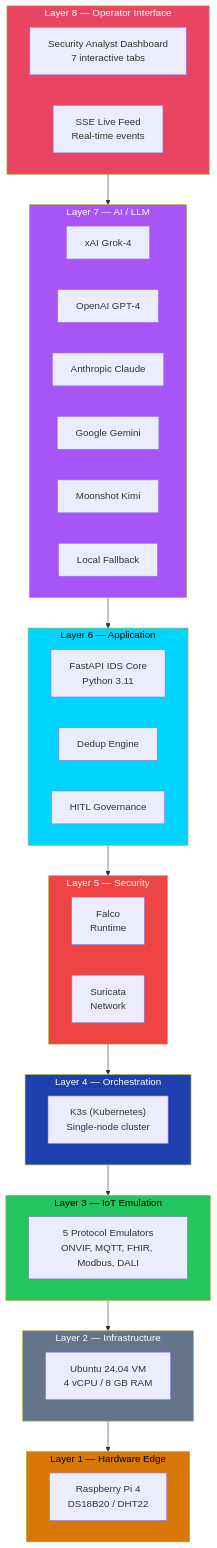
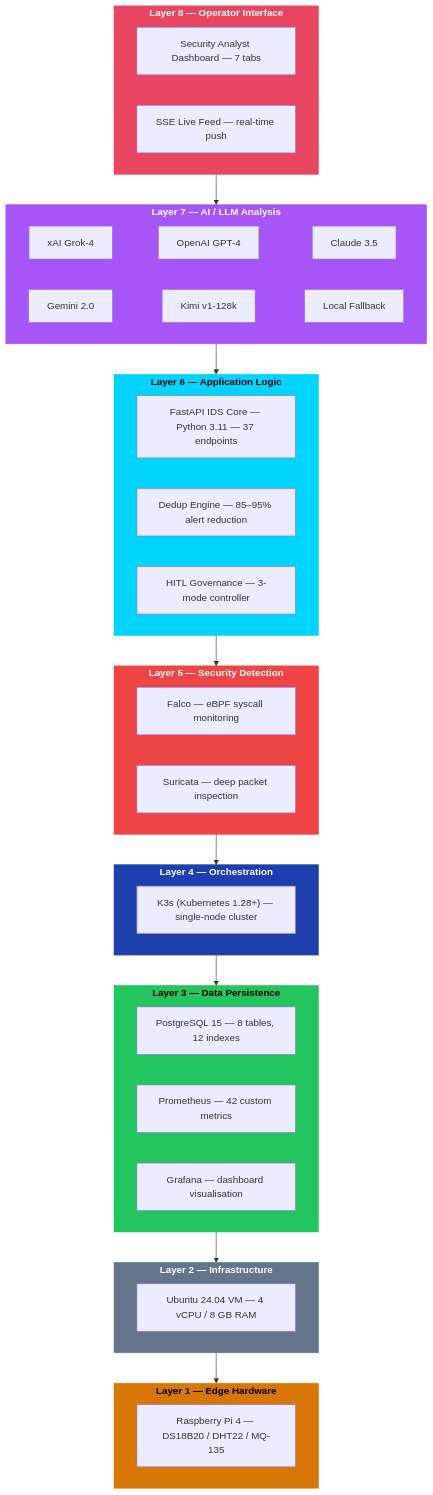
The fourth of 20 diagrams in docs/CAPSTONE_FIGURES.md (Alqaly/smart-city-ids), drawn with Mermaid before and after one commit. The commit also changed other lines of this file, not shown here.

First line of the commit message:
Improve figures file: exact placement labels + enhanced diagrams

````diff
--- a/docs/CAPSTONE_FIGURES.md
+++ b/docs/CAPSTONE_FIGURES.md
@@ -132,54 +212,52 @@
 ```mermaid
 graph TB
-    subgraph L8["Layer 8 — Operator Interface"]
-        D1["Security Analyst Dashboard\n7 interactive tabs"]
-        D2["SSE Live Feed\nReal-time events"]
+    subgraph L8["<b>Layer 8 — Operator Interface</b>"]
+        D1["Security Analyst Dashboard — 7 tabs"]
+        D2["SSE Live Feed — real-time push"]
     end
 
-    subgraph L7["Layer 7 — AI / LLM"]
-        A1["xAI Grok-4"]
-        A2["OpenAI GPT-4"]
-        A3["Anthropic Claude"]
-        A4["Google Gemini"]
-        A5["Moonshot Kimi"]
-        A6["Local Fallback"]
+    subgraph L7["<b>Layer 7 — AI / LLM Analysis</b>"]
+        A1["xAI Grok-4"] ~~~ A2["OpenAI GPT-4"] ~~~ A3["Claude 3.5"]
+        A4["Gemini 2.0"] ~~~ A5["Kimi v1-128k"] ~~~ A6["Local Fallback"]
     end
 
-    subgraph L6["Layer 6 — Application"]
-        B1["FastAPI IDS Core\nPython 3.11"]
-        B2["Dedup Engine"]
-        B3["HITL Governance"]
+    subgraph L6["<b>Layer 6 — Application Logic</b>"]
+        B1["FastAPI IDS Core — Python 3.11 — 37 endpoints"]
+        B2["Dedup Engine — 85–95% alert reduction"]
+        B3["HITL Governance — 3-mode controller"]
     end
 
-    subgraph L5["Layer 5 — Security"]
-        C1["Falco\nRuntime"]
-        C2["Suricata\nNetwork"]
+    subgraph L5["<b>Layer 5 — Security Detection</b>"]
+        C1["Falco — eBPF syscall monitoring"]
+        C2["Suricata — deep packet inspection"]
     end
 
-    subgraph L4["Layer 4 — Orchestration"]
-        E1["K3s (Kubernetes)\nSingle-node cluster"]
+    subgraph L4["<b>Layer 4 — Orchestration</b>"]
+        E1["K3s (Kubernetes 1.28+) — single-node cluster"]
     end
 
-    subgraph L3["Layer 3 — IoT Emulation"]
-        F1["5 Protocol Emulators\nONVIF, MQTT, FHIR, Modbus, DALI"]
+    subgraph L3["<b>Layer 3 — Data Persistence</b>"]
+        F1["PostgreSQL 15 — 8 tables, 12 indexes"]
+        F2["Prometheus — 42 custom metrics"]
+        F3["Grafana — dashboard visualisation"]
     end
 
-    subgraph L2["Layer 2 — Infrastructure"]
-        G1["Ubuntu 24.04 VM\n4 vCPU / 8 GB RAM"]
+    subgraph L2["<b>Layer 2 — Infrastructure</b>"]
+        G1["Ubuntu 24.04 VM — 4 vCPU / 8 GB RAM"]
     end
 
-    subgraph L1["Layer 1 — Hardware Edge"]
-        H1["Raspberry Pi 4\nDS18B20 / DHT22"]
+    subgraph L1["<b>Layer 1 — Edge Hardware</b>"]
+        H1["Raspberry Pi 4 — DS18B20 / DHT22 / MQ-135"]
     end
 
     L8 --> L7 --> L6 --> L5 --> L4 --> L3 --> L2 --> L1
 
-    style L8 fill:#e94560,color:#fff
-    style L7 fill:#a855f7,color:#fff
-    style L6 fill:#00d4ff,color:#000
-    style L5 fill:#ef4444,color:#fff
-    style L4 fill:#1e40af,color:#fff
-    style L3 fill:#22c55e,color:#000
-    style L2 fill:#64748b,color:#fff
-    style L1 fill:#d97706,color:#000
+    style L8 fill:#e94560,color:#fff,stroke:#e94560
+    style L7 fill:#a855f7,color:#fff,stroke:#a855f7
+    style L6 fill:#00d4ff,color:#000,stroke:#00d4ff
+    style L5 fill:#ef4444,color:#fff,stroke:#ef4444
+    style L4 fill:#1e40af,color:#fff,stroke:#1e40af
+    style L3 fill:#22c55e,color:#000,stroke:#22c55e
+    style L2 fill:#64748b,color:#fff,stroke:#64748b
+    style L1 fill:#d97706,color:#000,stroke:#d97706
 ```
````
